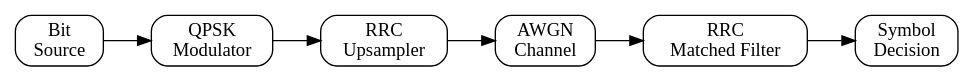
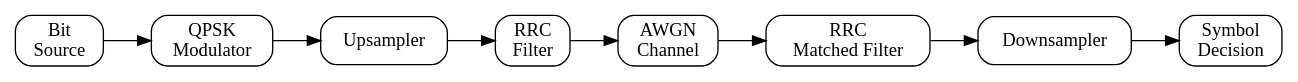
The diagram in documentation/diagrams/qpsk_transmission_chain.dot (juan9793/qpsk-transceiver), drawn with Graphviz before and after one commit. The commit also changed 2 other files, not shown here.

Commit message:
docs: split RRC and sampler blocks

```diff
--- a/documentation/diagrams/qpsk_transmission_chain.dot
+++ b/documentation/diagrams/qpsk_transmission_chain.dot
@@ -1,13 +1,15 @@
 digraph QPSK_Transceiver {
     rankdir=LR;
     node [shape=box, style=rounded];
 
     src [label="Bit\nSource"];
     mod [label="QPSK\nModulator"];
-    tx_rrc [label="RRC\nUpsampler"];
+    up [label="Upsampler"];
+    tx_rrc [label="RRC\nFilter"];
     channel [label="AWGN\nChannel"];
     rx_rrc [label="RRC\nMatched Filter"];
+    down [label="Downsampler"];
     decision [label="Symbol\nDecision"];
 
-    src -> mod -> tx_rrc -> channel -> rx_rrc -> decision;
+    src -> mod -> up -> tx_rrc -> channel -> rx_rrc -> down -> decision;
 }
```
